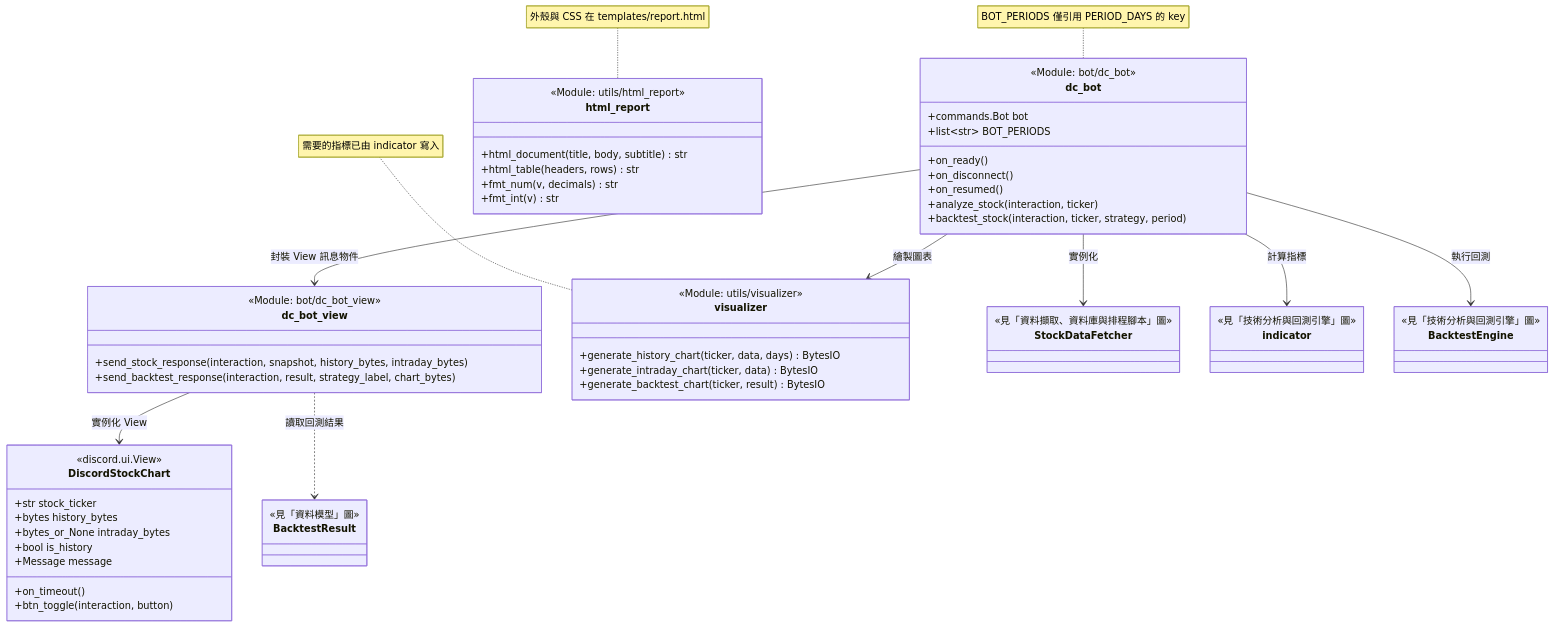
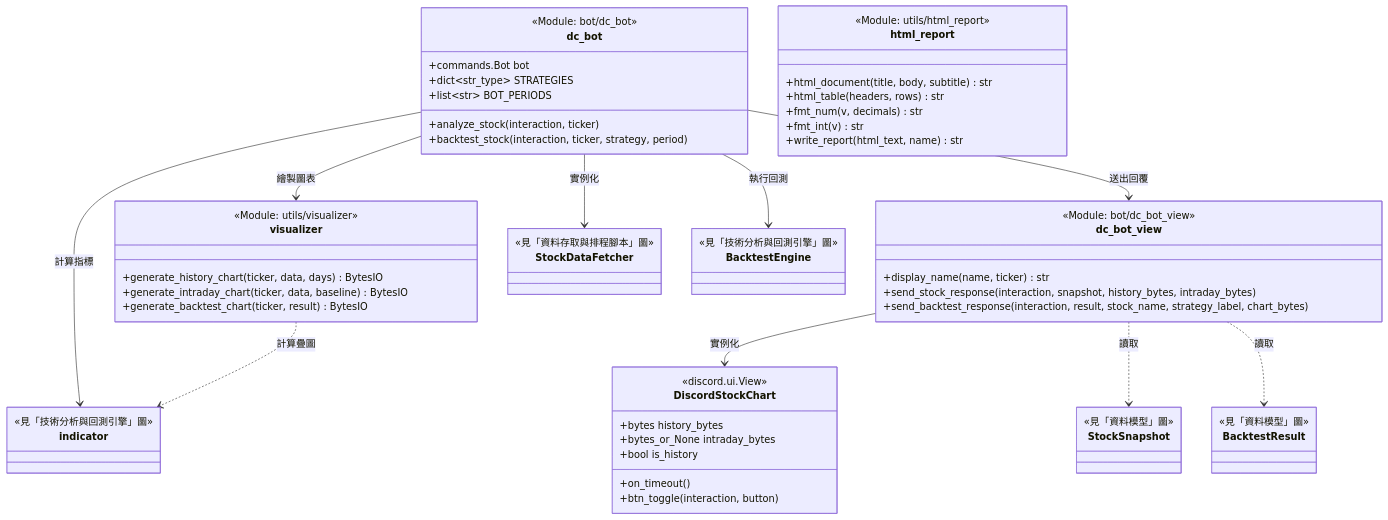
One commit to JialaChang/Discord-Stock-Bot changed the third of 6 diagrams in docs/UML.md. Above: the diagram before and after it, drawn with Mermaid. The commit also changed other lines of this file and 10 other files, not shown here.

First line of the commit message:
docs: split UML by concern, tighten prose, and link real report samples

````diff
--- a/docs/UML.md
+++ b/docs/UML.md
@@ -175,71 +175,71 @@
 ```mermaid
 classDiagram
     direction TB
 
     class dc_bot {
         <<Module: bot/dc_bot>>
         +commands.Bot bot
+        +dict~str_type~ STRATEGIES
         +list~str~ BOT_PERIODS
-        +on_ready()
-        +on_disconnect()
-        +on_resumed()
         +analyze_stock(interaction, ticker)
         +backtest_stock(interaction, ticker, strategy, period)
     }
-    note for dc_bot "BOT_PERIODS 僅引用 PERIOD_DAYS 的 key"
 
     class dc_bot_view {
         <<Module: bot/dc_bot_view>>
+        +display_name(name, ticker) str
         +send_stock_response(interaction, snapshot, history_bytes, intraday_bytes)
-        +send_backtest_response(interaction, result, strategy_label, chart_bytes)
+        +send_backtest_response(interaction, result, stock_name, strategy_label, chart_bytes)
     }
 
     class DiscordStockChart {
         <<discord.ui.View>>
-        +str stock_ticker
         +bytes history_bytes
         +bytes_or_None intraday_bytes
         +bool is_history
-        +Message message
         +on_timeout()
         +btn_toggle(interaction, button)
     }
 
     class visualizer {
         <<Module: utils/visualizer>>
         +generate_history_chart(ticker, data, days) BytesIO
-        +generate_intraday_chart(ticker, data) BytesIO
+        +generate_intraday_chart(ticker, data, baseline) BytesIO
         +generate_backtest_chart(ticker, result) BytesIO
     }
-    note for visualizer "需要的指標已由 indicator 寫入"
 
     class html_report {
         <<Module: utils/html_report>>
         +html_document(title, body, subtitle) str
         +html_table(headers, rows) str
         +fmt_num(v, decimals) str
         +fmt_int(v) str
+        +write_report(html_text, name) str
     }
-    note for html_report "外殼與 CSS 在 templates/report.html"
 
     class StockDataFetcher {
-        <<見「資料擷取、資料庫與排程腳本」圖>>
+        <<見「資料存取與排程腳本」圖>>
     }
     class indicator {
         <<見「技術分析與回測引擎」圖>>
     }
     class BacktestEngine {
         <<見「技術分析與回測引擎」圖>>
+    }
+    class StockSnapshot {
+        <<見「資料模型」圖>>
     }
     class BacktestResult {
         <<見「資料模型」圖>>
     }
 
     dc_bot --> StockDataFetcher : 實例化
     dc_bot --> indicator : 計算指標
     dc_bot --> visualizer : 繪製圖表
-    dc_bot --> dc_bot_view : 封裝 View 訊息物件
+    dc_bot --> dc_bot_view : 送出回覆
     dc_bot --> BacktestEngine : 執行回測
-    dc_bot_view --> DiscordStockChart : 實例化 View
-    dc_bot_view ..> BacktestResult : 讀取回測結果
+    dc_bot_view --> DiscordStockChart : 實例化
+    dc_bot_view ..> StockSnapshot : 讀取
+    dc_bot_view ..> BacktestResult : 讀取
+    visualizer ..> indicator : 計算疊圖
 ```
````
